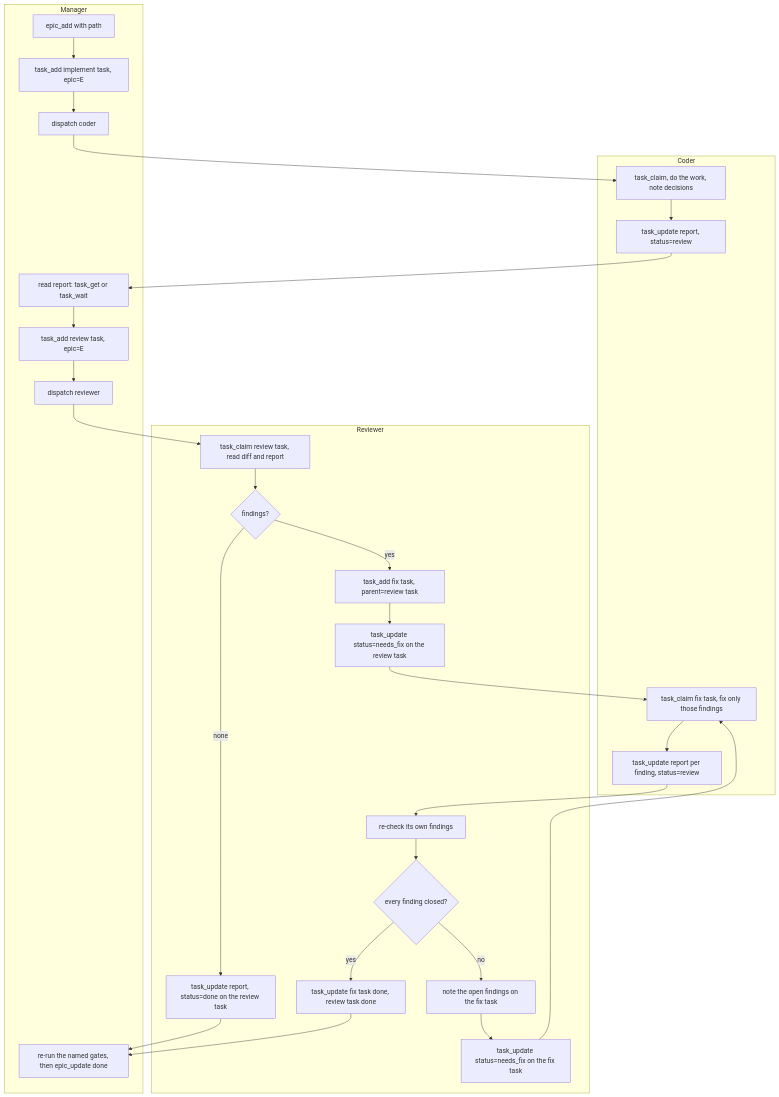
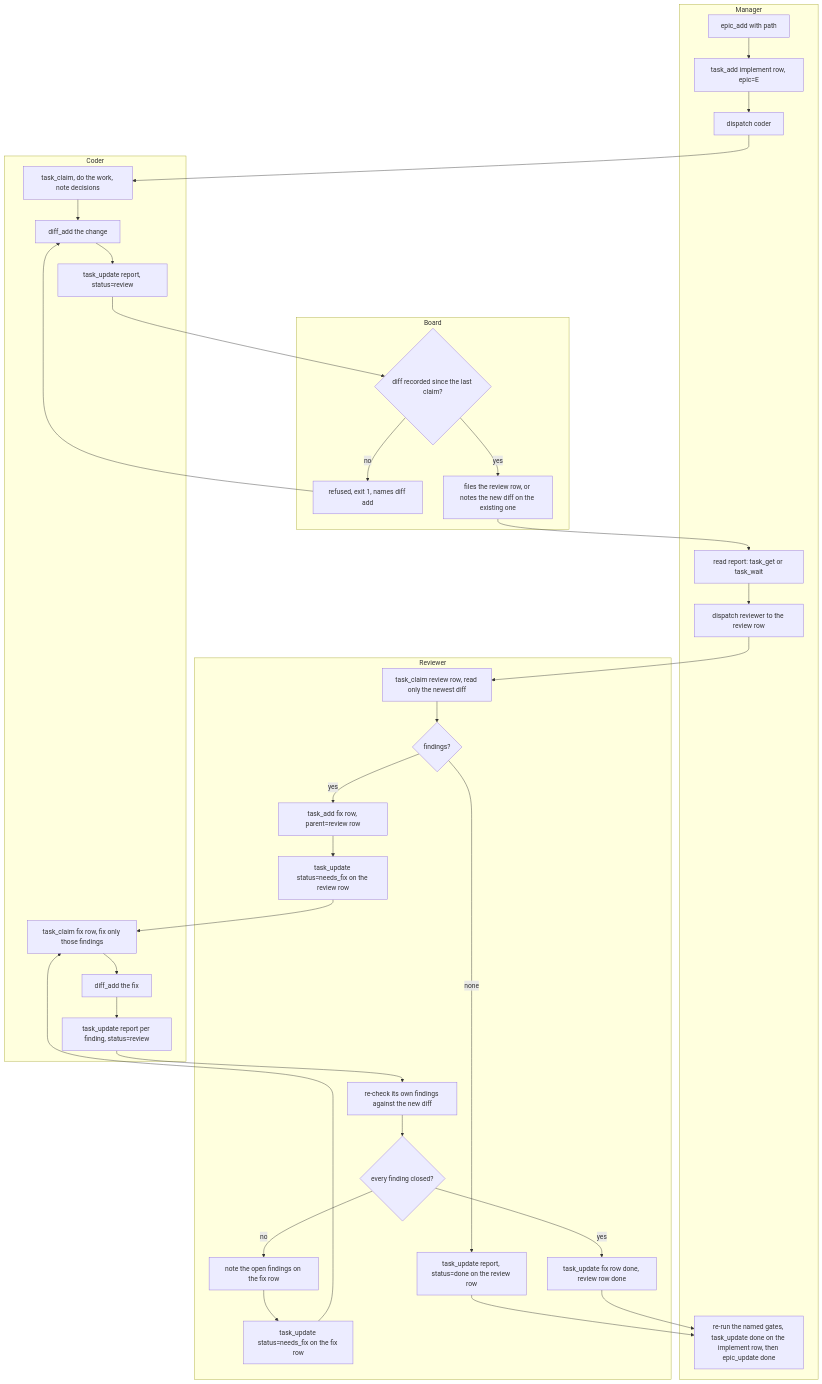
The first of 3 diagrams in docs/workflow.md (lulkien/agentboard), drawn with Mermaid before and after one commit. The commit also changed other lines of this file and 8 other files, not shown here.

First line of the commit message:
docs: the review chain, the cap and the diff channel

````diff
--- a/docs/workflow.md
+++ b/docs/workflow.md
@@ -13,55 +18,67 @@
 ```mermaid
 flowchart TD
     subgraph MGR["Manager"]
         A["epic_add with path"]
-        B["task_add implement task, epic=E"]
+        B["task_add implement row, epic=E"]
         C["dispatch coder"]
         D["read report: task_get or task_wait"]
-        E["task_add review task, epic=E"]
-        F["dispatch reviewer"]
-        Z["re-run the named gates, then epic_update done"]
+        F["dispatch reviewer to the review row"]
+        Z["re-run the named gates, task_update done on the implement row, then epic_update done"]
     end
 
     subgraph COD["Coder"]
         I1["task_claim, do the work, note decisions"]
-        I2["task_update report, status=review"]
-        FX["task_claim fix task, fix only those findings"]
+        I2["diff_add the change"]
+        I3["task_update report, status=review"]
+        FX["task_claim fix row, fix only those findings"]
+        F1["diff_add the fix"]
         F2["task_update report per finding, status=review"]
     end
 
+    subgraph BRD["Board"]
+        G{"diff recorded since the last claim?"}
+        GR["refused, exit 1, names diff add"]
+        AF["files the review row, or notes the new diff on the existing one"]
+    end
+
     subgraph REV["Reviewer"]
-        R0["task_claim review task, read diff and report"]
+        R0["task_claim review row, read only the newest diff"]
         R1{"findings?"}
-        RD["task_update report, status=done on the review task"]
-        RF["task_add fix task, parent=review task"]
-        RN["task_update status=needs_fix on the review task"]
-        X1["re-check its own findings"]
+        RD["task_update report, status=done on the review row"]
+        RF["task_add fix row, parent=review row"]
+        RN["task_update status=needs_fix on the review row"]
+        X1["re-check its own findings against the new diff"]
         X2{"every finding closed?"}
-        XF["task_update fix task done, review task done"]
-        XN["note the open findings on the fix task"]
-        XI["task_update status=needs_fix on the fix task"]
+        XF["task_update fix row done, review row done"]
+        XN["note the open findings on the fix row"]
+        XI["task_update status=needs_fix on the fix row"]
     end
 
     A --> B
     B --> C
     C --> I1
     I1 --> I2
-    I2 --> D
-    D --> E
-    E --> F
+    I2 --> I3
+    I3 --> G
+    G -- no --> GR
+    GR --> I2
+    G -- yes --> AF
+    AF --> D
+    D --> F
     F --> R0
     R0 --> R1
     R1 -- none --> RD
     RD --> Z
     R1 -- yes --> RF
     RF --> RN
     RN --> FX
-    FX --> F2
+    FX --> F1
+    F1 --> F2
     F2 --> X1
     X1 --> X2
     X2 -- yes --> XF
     XF --> Z
     X2 -- no --> XN
     XN --> XI
     XI --> FX
 ```
````
